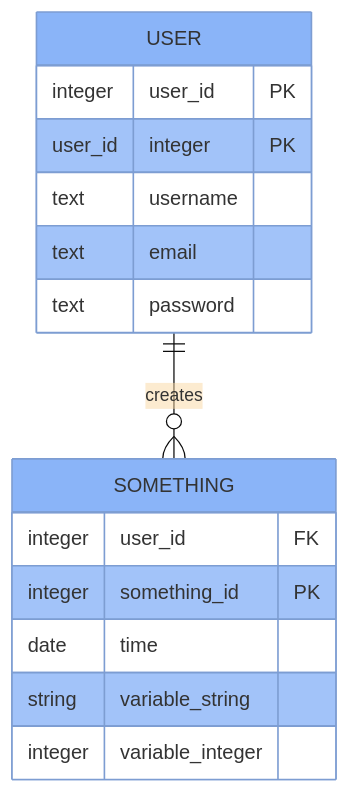
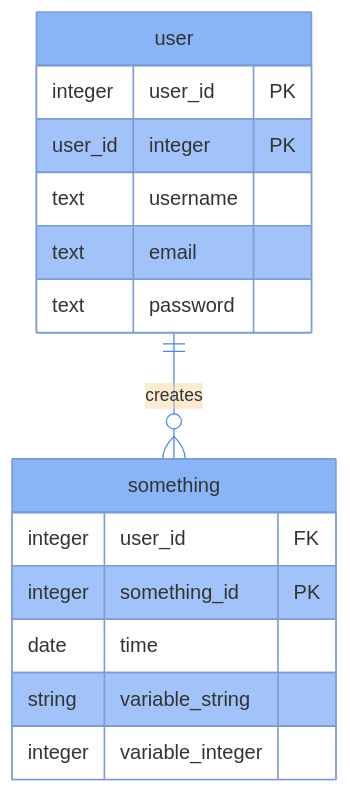
Before and after one commit to mathbike/mathbike.github.io: the diagram in _posts/2022-11-15-flask.md, drawn with Mermaid.

````diff
--- a/_posts/2022-11-15-flask.md
+++ b/_posts/2022-11-15-flask.md
@@ -73,19 +73,19 @@
 ```mermaid
-%%{init: {'theme': 'base', 'themeVariables': { 'primaryColor': '#8ab4f8'}}}%%
+%%{init: {'theme': 'base', 'themeVariables': { 'primaryColor': '#8ab4f8', 'lineColor': '#4a86e8', 'textColor': 'black'}}}%%
 erDiagram
-    USER ||--o{ SOMETHING : creates
-    USER {
+    user ||--o{ something : creates
+    user {
         integer user_id PK
         user_id integer PK
         text username
         text email
         text password
     }
-    SOMETHING {
+    something {
         integer user_id FK
         integer something_id PK
         date time
         string variable_string
         integer variable_integer
     }
 ```
````
